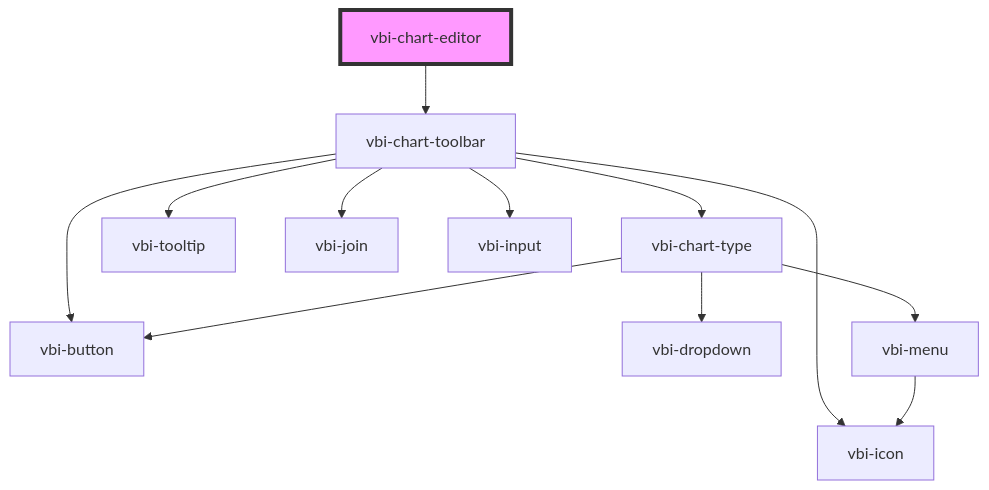
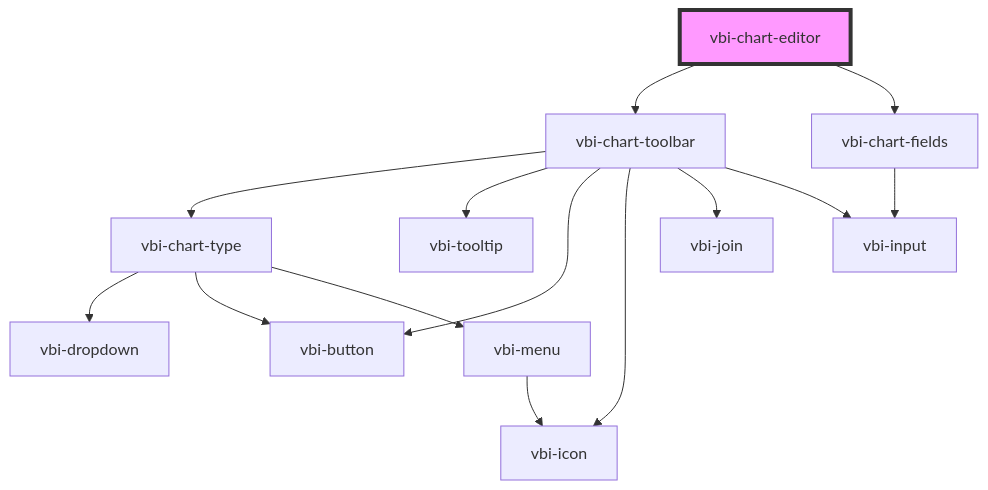
One commit to Ditto190/VBI-modme changed the diagram in packages/vbi-component/src/components/chart/vbi-chart-editor/readme.md. Above: the diagram before and after it, drawn with Mermaid. The commit also changed other lines of this file and 7 other files, not shown here.

Commit message:
feat(vbi-component): add vbi-chart-fields component

````diff
--- a/packages/vbi-component/src/components/chart/vbi-chart-editor/readme.md
+++ b/packages/vbi-component/src/components/chart/vbi-chart-editor/readme.md
@@ -15,15 +16,17 @@
 ```mermaid
 graph TD;
   vbi-chart-editor --> vbi-chart-toolbar
+  vbi-chart-editor --> vbi-chart-fields
   vbi-chart-toolbar --> vbi-chart-type
   vbi-chart-toolbar --> vbi-tooltip
   vbi-chart-toolbar --> vbi-button
   vbi-chart-toolbar --> vbi-icon
   vbi-chart-toolbar --> vbi-join
   vbi-chart-toolbar --> vbi-input
   vbi-chart-type --> vbi-dropdown
   vbi-chart-type --> vbi-button
   vbi-chart-type --> vbi-menu
   vbi-menu --> vbi-icon
+  vbi-chart-fields --> vbi-input
   style vbi-chart-editor fill:#f9f,stroke:#333,stroke-width:4px
 ```
````
